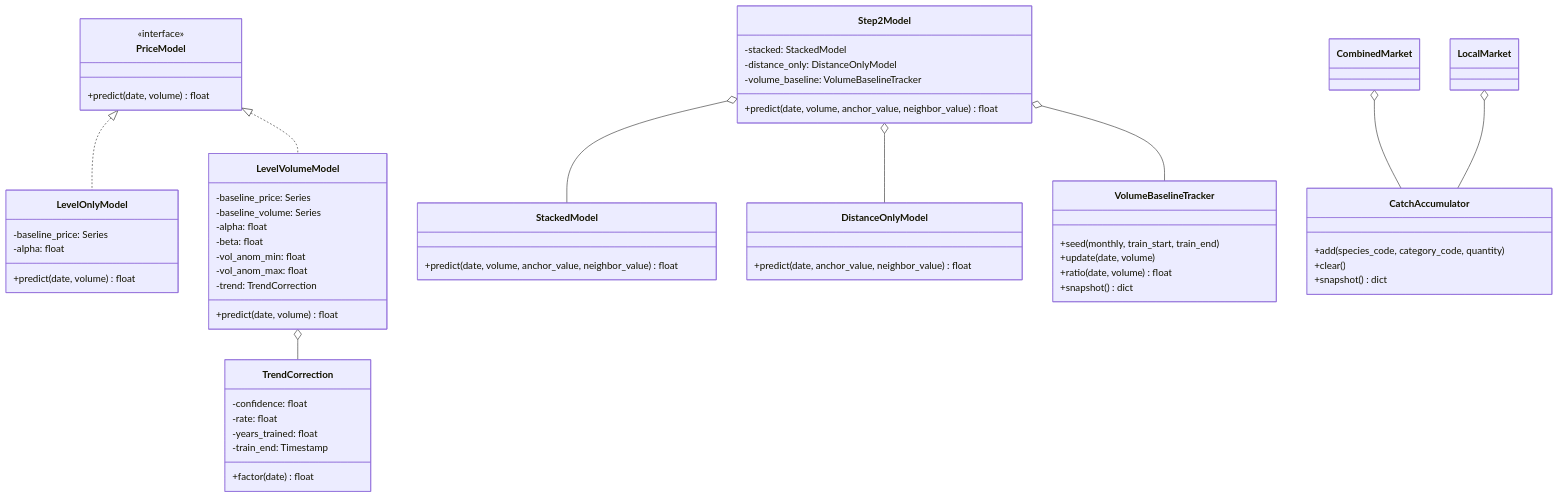
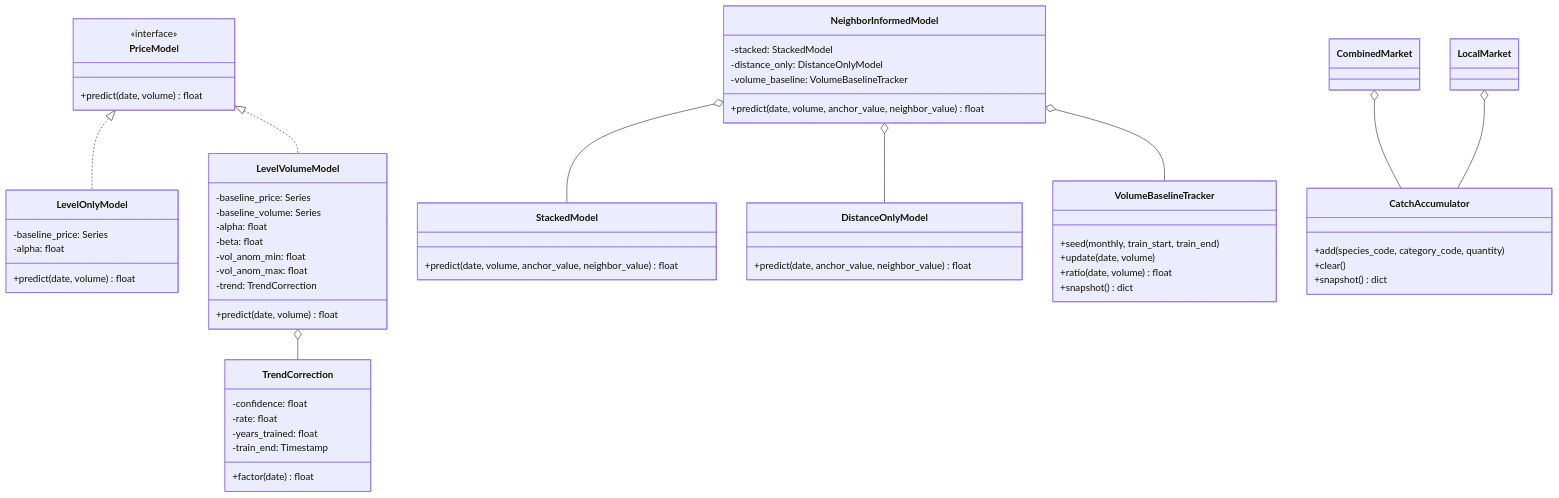
One commit to SURIMI-Project/SURIMI-market changed the third of 3 diagrams in src/models/market/ARCHITECTURE.md. Above: the diagram before and after it, drawn with Mermaid. The commit also changed other lines of this file, not shown here.

First line of the commit message:
docs: mark Phase C3 (NeighborInformedModel) and the Step1/Step2 rename done

````diff
--- a/src/models/market/ARCHITECTURE.md
+++ b/src/models/market/ARCHITECTURE.md
@@ -332,67 +329,70 @@
 ```mermaid
 classDiagram
     class PriceModel {
         <<interface>>
         %% already implemented, Phase C1
         +predict(date, volume) float
     }
     class LevelOnlyModel {
         %% already implemented, Phase C1
         -baseline_price: Series
         -alpha: float
         +predict(date, volume) float
     }
     class LevelVolumeModel {
         %% already implemented, Phase C1
         -baseline_price: Series
         -baseline_volume: Series
         -alpha: float
         -beta: float
         -vol_anom_min: float
         -vol_anom_max: float
         -trend: TrendCorrection
         +predict(date, volume) float
     }
     class TrendCorrection {
         %% already implemented, Phase C1
         -confidence: float
         -rate: float
         -years_trained: float
         -train_end: Timestamp
         +factor(date) float
     }
-    class Step2Model {
+    class NeighborInformedModel {
+        %% already implemented, Phase C3
         -stacked: StackedModel
         -distance_only: DistanceOnlyModel
         -volume_baseline: VolumeBaselineTracker
         +predict(date, volume, anchor_value, neighbor_value) float
     }
     class StackedModel {
+        %% already implemented, Phase C3
         +predict(date, volume, anchor_value, neighbor_value) float
     }
     class DistanceOnlyModel {
+        %% already implemented, Phase C3
         +predict(date, anchor_value, neighbor_value) float
     }
     class VolumeBaselineTracker {
         %% already implemented, Phase C2
         +seed(monthly, train_start, train_end)
         +update(date, volume)
         +ratio(date, volume) float
         +snapshot() dict
     }
     class CatchAccumulator {
         %% already implemented, Phase A
         +add(species_code, category_code, quantity)
         +clear()
         +snapshot() dict
     }
 
     PriceModel <|.. LevelOnlyModel
     PriceModel <|.. LevelVolumeModel
     LevelVolumeModel o-- TrendCorrection
-    Step2Model o-- StackedModel
-    Step2Model o-- DistanceOnlyModel
-    Step2Model o-- VolumeBaselineTracker
+    NeighborInformedModel o-- StackedModel
+    NeighborInformedModel o-- DistanceOnlyModel
+    NeighborInformedModel o-- VolumeBaselineTracker
     CombinedMarket o-- CatchAccumulator
     LocalMarket o-- CatchAccumulator
 ```
````
